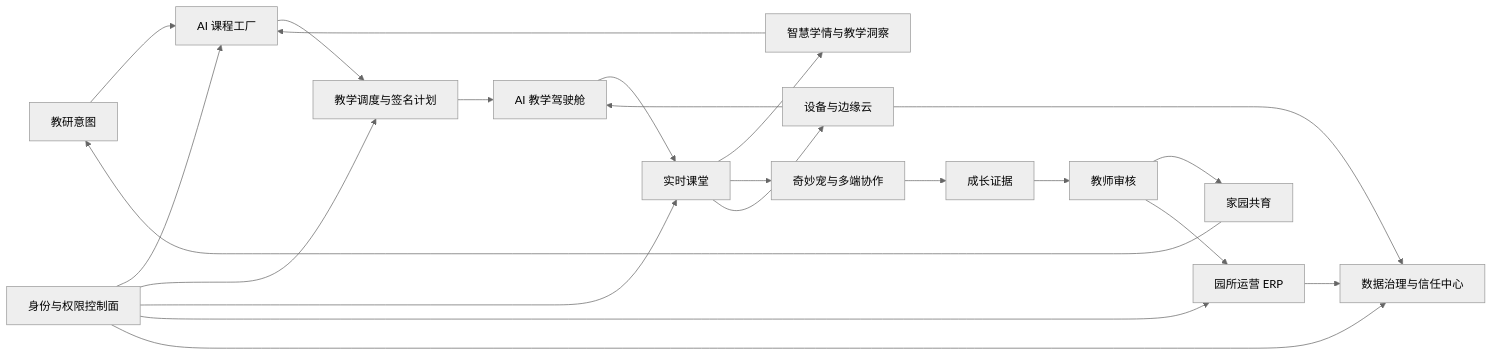
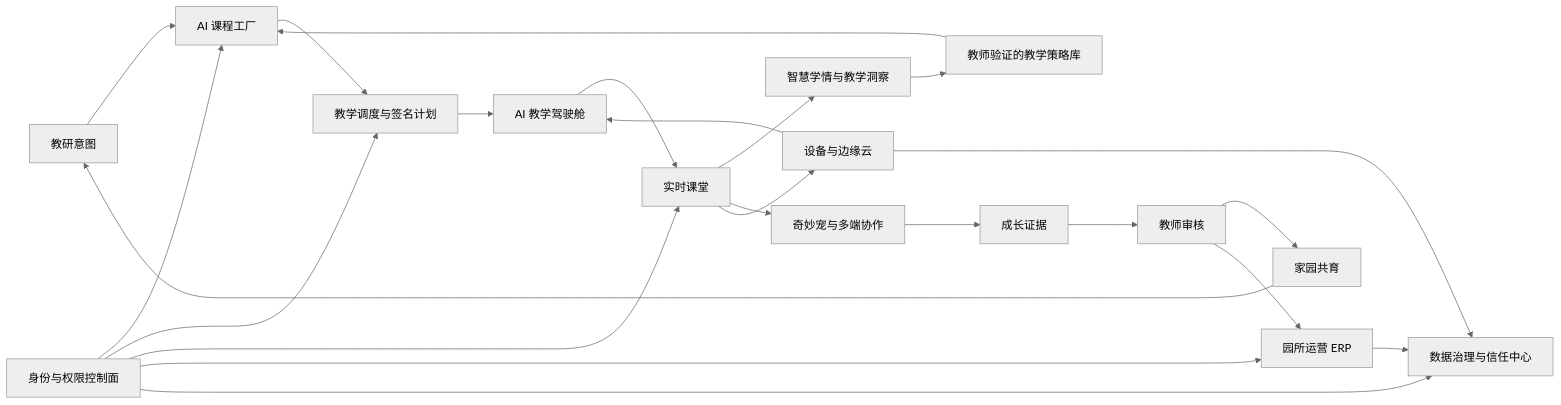
Before and after one commit to LinuxZhou93/ai-playground: the first of 2 diagrams in docs/xmp/XMP_PRODUCT_DOSSIER.md, drawn with Mermaid (neutral theme). The commit also changed other lines of this file and 27 other files, not shown here.

````diff
--- a/docs/xmp/XMP_PRODUCT_DOSSIER.md
+++ b/docs/xmp/XMP_PRODUCT_DOSSIER.md
@@ -26,24 +26,25 @@
 ```mermaid
 flowchart LR
   A["教研意图"] --> B["AI 课程工厂"]
   B --> S["教学调度与签名计划"]
   S --> T["AI 教学驾驶舱"]
   T --> C["实时课堂"]
   C --> L["智慧学情与教学洞察"]
-  L --> B
+  L --> R["教师验证的教学策略库"]
+  R --> B
   C --> D["奇妙宠与多端协作"]
   D --> E["成长证据"]
   E --> F["教师审核"]
   F --> G["家园共育"]
   G --> A
   C --> H["设备与边缘云"]
   H --> T
   F --> I["园所运营 ERP"]
   K["身份与权限控制面"] --> B
   K --> S
   K --> C
   K --> I
   K --> J
   H --> J["数据治理与信任中心"]
   I --> J
 ```
````
